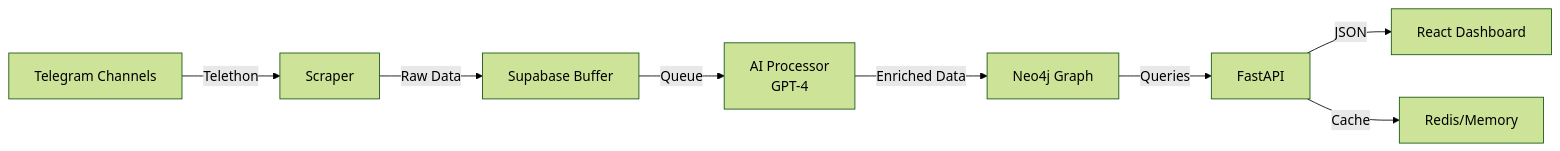
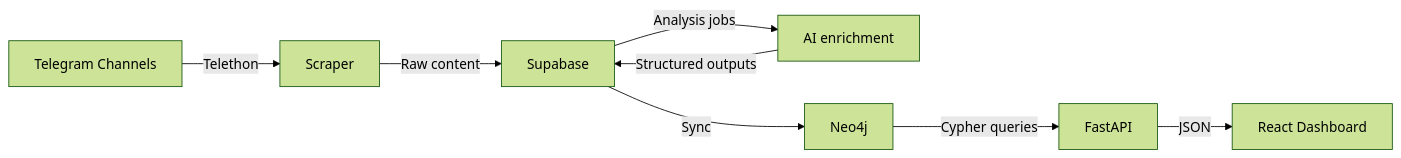
Before and after one commit to Harutyun-hub/telegram_graph: the diagram in README.md, drawn with Mermaid (forest theme). The commit also changed other lines of this file and 24 other files, not shown here.

````diff
--- a/README.md
+++ b/README.md
@@ -164,10 +44,10 @@
 ```mermaid
 graph LR
     A[Telegram Channels] -->|Telethon| B[Scraper]
-    B -->|Raw Data| C[Supabase Buffer]
-    C -->|Queue| D[AI Processor<br/>GPT-4]
-    D -->|Enriched Data| E[Neo4j Graph]
-    E -->|Queries| F[FastAPI]
+    B -->|Raw content| C[Supabase]
+    C -->|Analysis jobs| D[AI enrichment]
+    D -->|Structured outputs| C
+    C -->|Sync| E[Neo4j]
+    E -->|Cypher queries| F[FastAPI]
     F -->|JSON| G[React Dashboard]
-    F -->|Cache| H[Redis/Memory]
 ```
````
